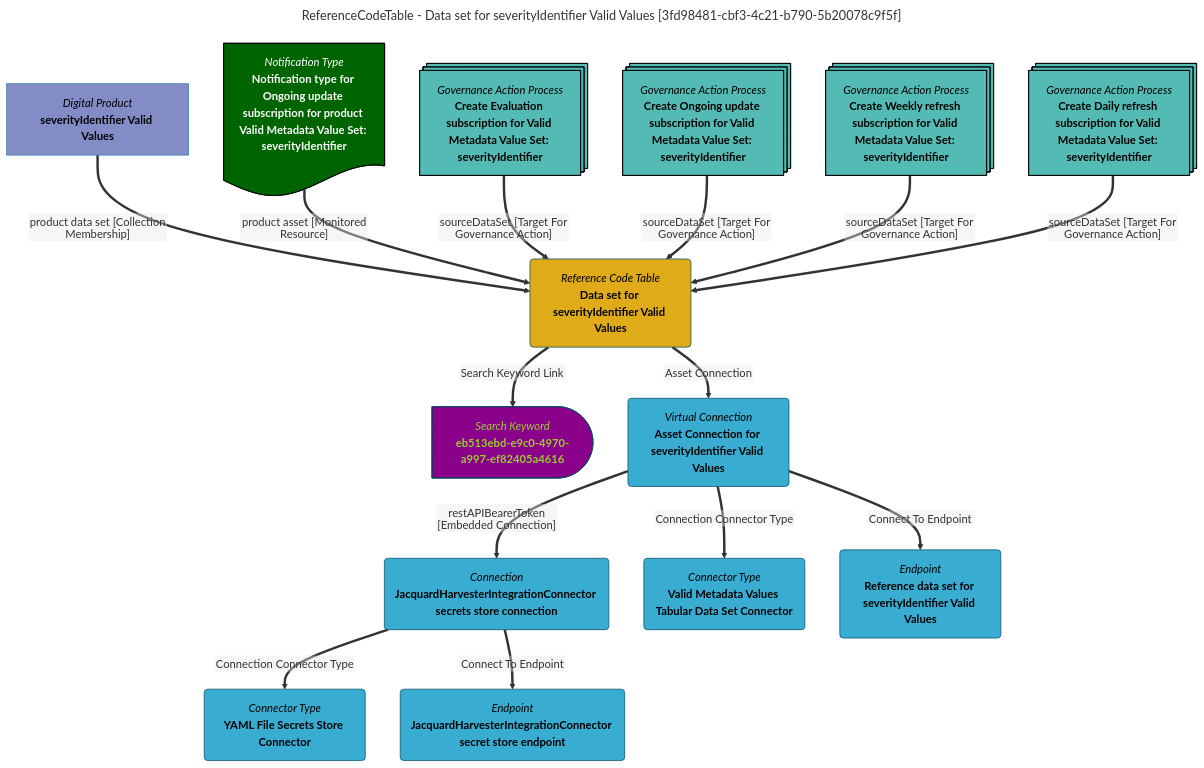
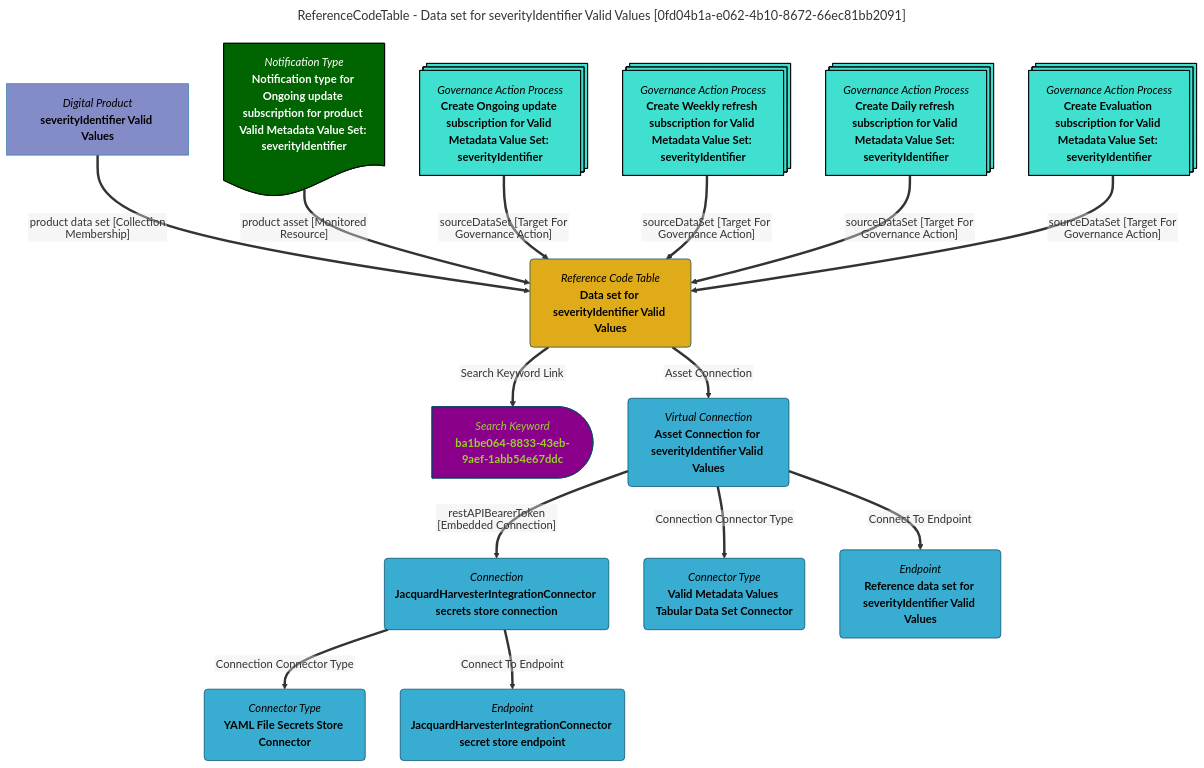
Before and after one commit to odpi/egeria-docs: the diagram in site/snippets/data-assets/data-set-for-severityidentifier-valid-values-mermaid-graph.md, drawn with Mermaid. The commit also changed 2201 other files, not shown here.

````diff
--- a/site/snippets/data-assets/data-set-for-severityidentifier-valid-values-mermaid-graph.md
+++ b/site/snippets/data-assets/data-set-for-severityidentifier-valid-values-mermaid-graph.md
@@ -1,63 +1,63 @@
 ```mermaid
 ---
-title: ReferenceCodeTable - Data set for severityIdentifier Valid Values [3fd98481-cbf3-4c21-b790-5b20078c9f5f]
+title: ReferenceCodeTable - Data set for severityIdentifier Valid Values [0fd04b1a-e062-4b10-8672-66ec81bb2091]
 ---
 flowchart TD
 %%{init: {"flowchart": {"htmlLabels": false}} }%%
 
 1@{ shape: rounded, label: "*Reference Code Table*
 **Data set for severityIdentifier Valid Values**"}
 2@{ shape: delay, label: "*Search Keyword*
-**eb513ebd-e9c0-4970-a997-ef82405a4616**"}
+**ba1be064-8833-43eb-9aef-1abb54e67ddc**"}
 1==>|"Search Keyword Link"|2
 3@{ shape: rect, label: "*Digital Product*
 **severityIdentifier Valid Values**"}
 3==>|"product data set [Collection Membership]"|1
 4@{ shape: rounded, label: "*Virtual Connection*
 **Asset Connection for severityIdentifier Valid Values**"}
 1==>|"Asset Connection"|4
 5@{ shape: rounded, label: "*Connection*
 **JacquardHarvesterIntegrationConnector secrets store connection**"}
 4==>|"restAPIBearerToken [Embedded Connection]"|5
 6@{ shape: rounded, label: "*Connector Type*
 **YAML File Secrets Store Connector**"}
 5==>|"Connection Connector Type"|6
 7@{ shape: rounded, label: "*Endpoint*
 **JacquardHarvesterIntegrationConnector secret store endpoint**"}
 5==>|"Connect To Endpoint"|7
 8@{ shape: rounded, label: "*Connector Type*
 **Valid Metadata Values Tabular Data Set Connector**"}
 4==>|"Connection Connector Type"|8
 9@{ shape: rounded, label: "*Endpoint*
 **Reference data set for severityIdentifier Valid Values**"}
 4==>|"Connect To Endpoint"|9
 10@{ shape: doc, label: "*Notification Type*
 **Notification type for Ongoing update subscription for product Valid Metadata Value Set: severityIdentifier**"}
 10==>|"product asset [Monitored Resource]"|1
 11@{ shape: processes, label: "*Governance Action Process*
-**Create Evaluation subscription for Valid Metadata Value Set: severityIdentifier**"}
+**Create Ongoing update subscription for Valid Metadata Value Set: severityIdentifier**"}
 11==>|"sourceDataSet [Target For Governance Action]"|1
 12@{ shape: processes, label: "*Governance Action Process*
-**Create Ongoing update subscription for Valid Metadata Value Set: severityIdentifier**"}
+**Create Weekly refresh subscription for Valid Metadata Value Set: severityIdentifier**"}
 12==>|"sourceDataSet [Target For Governance Action]"|1
 13@{ shape: processes, label: "*Governance Action Process*
-**Create Weekly refresh subscription for Valid Metadata Value Set: severityIdentifier**"}
+**Create Daily refresh subscription for Valid Metadata Value Set: severityIdentifier**"}
 13==>|"sourceDataSet [Target For Governance Action]"|1
 14@{ shape: processes, label: "*Governance Action Process*
-**Create Daily refresh subscription for Valid Metadata Value Set: severityIdentifier**"}
+**Create Evaluation subscription for Valid Metadata Value Set: severityIdentifier**"}
 14==>|"sourceDataSet [Target For Governance Action]"|1
-style 11 color:#000000, fill:#53bbb4, stroke:#000000
-style 12 color:#000000, fill:#53bbb4, stroke:#000000
-style 13 color:#000000, fill:#53bbb4, stroke:#000000
-style 14 color:#000000, fill:#53bbb4, stroke:#000000
+style 11 color:#000000, fill:#40E0D0, stroke:#000000
+style 12 color:#000000, fill:#40E0D0, stroke:#000000
+style 13 color:#000000, fill:#40E0D0, stroke:#000000
+style 14 color:#000000, fill:#40E0D0, stroke:#000000
 style 1 color:#000000, fill:#e0ab18, stroke:#004563
-style 2 color:#9acd32, fill:#8b008b, stroke:#004563
+style 2 color:#9ACD32, fill:#8B008B, stroke:#004563
 style 3 color:#000000, fill:#838cc7, stroke:#3079ab
 style 4 color:#000000, fill:#39add1, stroke:#004563
 style 5 color:#000000, fill:#39add1, stroke:#004563
 style 6 color:#000000, fill:#39add1, stroke:#004563
 style 7 color:#000000, fill:#39add1, stroke:#004563
 style 8 color:#000000, fill:#39add1, stroke:#004563
 style 9 color:#000000, fill:#39add1, stroke:#004563
 style 10 color:#FFFFFF, fill:#006400, stroke:#000000
 ```
````
